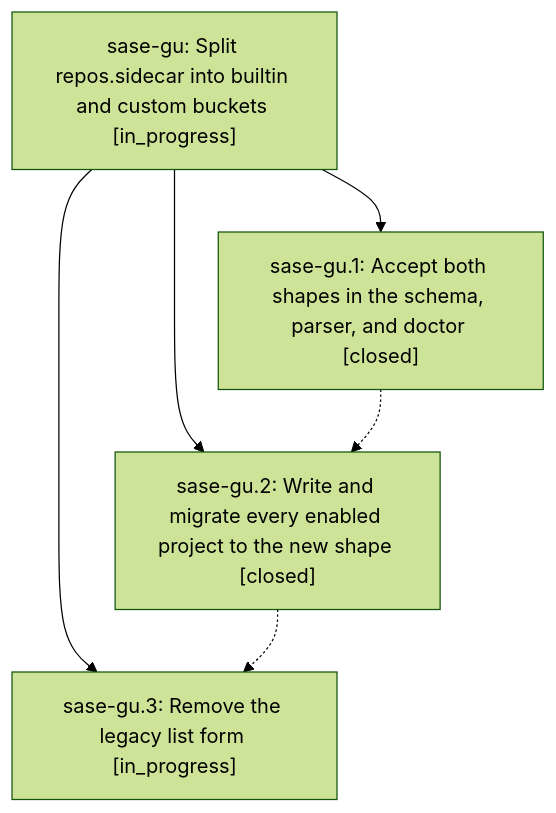
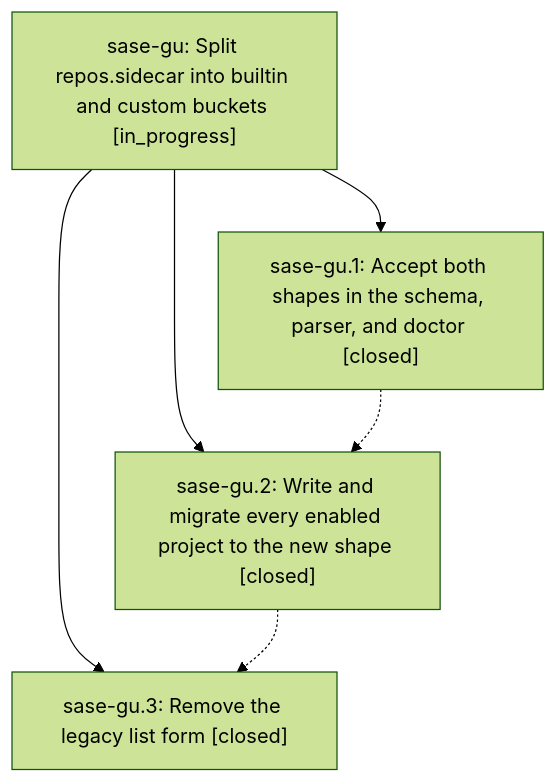
One commit to sase-org/sase--beads changed the diagram in pages/sase-gu/README.md. Above: the diagram before and after it, drawn with Mermaid (forest theme). The commit also changed other lines of this file and 2 other files, not shown here.

First line of the commit message:
chore(beads): sync bead state and pages for sase-gu

````diff
--- a/pages/sase-gu/README.md
+++ b/pages/sase-gu/README.md
@@ -24,12 +24,12 @@
 ```mermaid
 flowchart TD
     n0["sase-gu: Split repos.sidecar into builtin and custom buckets [in_progress]"]
     n1["sase-gu.1: Accept both shapes in the schema, parser, and doctor [closed]"]
     n2["sase-gu.2: Write and migrate every enabled project to the new shape [closed]"]
-    n3["sase-gu.3: Remove the legacy list form [in_progress]"]
+    n3["sase-gu.3: Remove the legacy list form [closed]"]
     n0 --> n1
     n0 --> n2
     n0 --> n3
     n1 -.-> n2
     n2 -.-> n3
 ```
````
